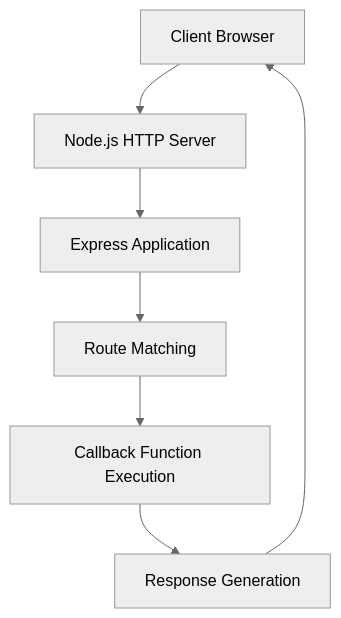
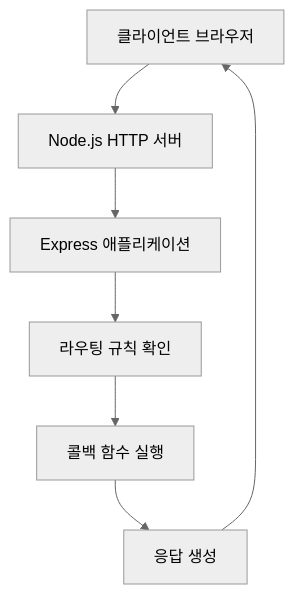
One commit to Blue-B/Blue-B.github.io changed the diagram in _posts/2025-07-30-getting-started-with-express.md. Above: the diagram before and after it, drawn with Mermaid (neutral theme). The commit also changed 1 other file, not shown here.

Commit message:
feat: update mermaid diagrams with Korean text

````diff
--- a/_posts/2025-07-30-getting-started-with-express.md
+++ b/_posts/2025-07-30-getting-started-with-express.md
@@ -95,9 +95,9 @@
 ```mermaid
 graph TD
-    A[Client Browser] --> B[Node.js HTTP Server]
-    B --> C[Express Application]
-    C --> D[Route Matching]
-    D --> E[Callback Function Execution]
-    E --> F[Response Generation]
+    A[클라이언트 브라우저] --> B[Node.js HTTP 서버]
+    B --> C[Express 애플리케이션]
+    C --> D[라우팅 규칙 확인]
+    D --> E[콜백 함수 실행]
+    E --> F[응답 생성]
     F --> A
 ```
````
